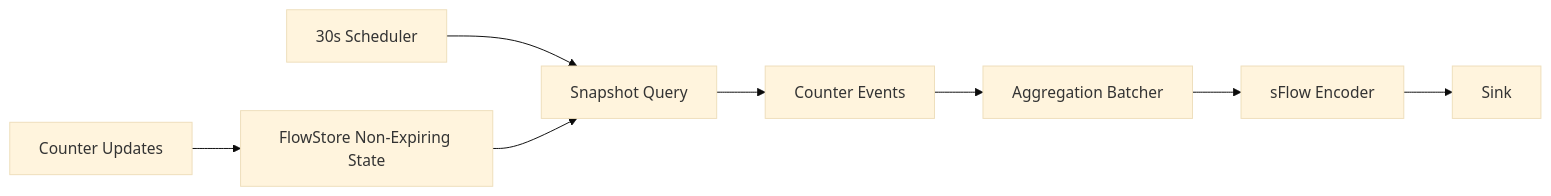
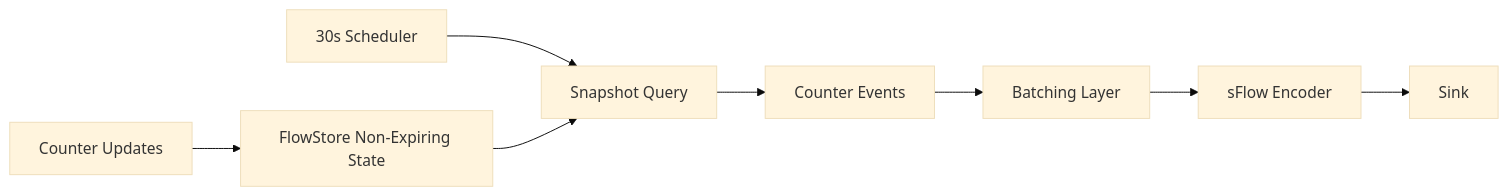
Before and after one commit to netsampler/goflow2: the third of 6 diagrams in docs/reflow-architecture.md, drawn with Mermaid (base theme). The commit also changed other lines of this file, not shown here.

Commit message:
docs(reflow): clarify batching and flush semantics

````diff
--- a/docs/reflow-architecture.md
+++ b/docs/reflow-architecture.md
@@ -343,10 +348,10 @@
 ```mermaid
 flowchart LR
     EV[Counter Updates] --> STORE[FlowStore Non-Expiring State]
     TICK[30s Scheduler] --> SNAP[Snapshot Query]
     STORE --> SNAP
     SNAP --> EVENTS[Counter Events]
-    EVENTS --> BATCH[Aggregation Batcher]
+    EVENTS --> BATCH[Batching Layer]
     BATCH --> ENC[sFlow Encoder]
     ENC --> SINK[Sink]
 ```
````
